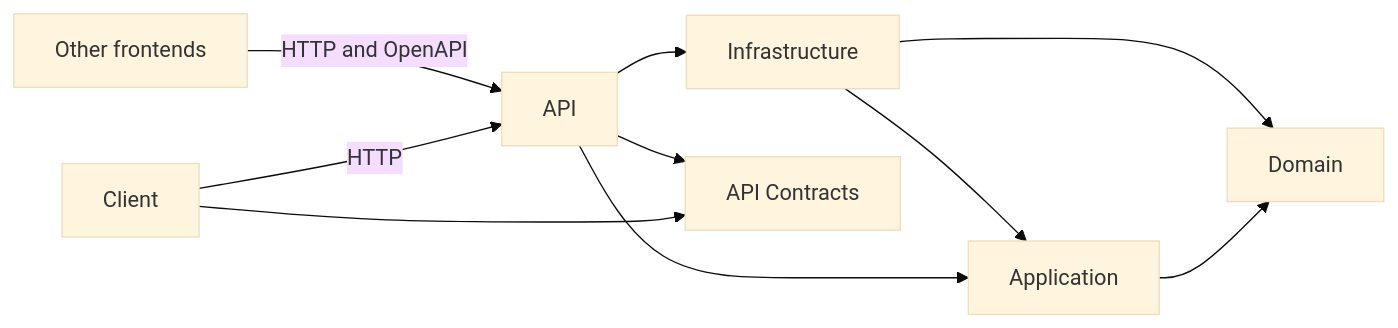
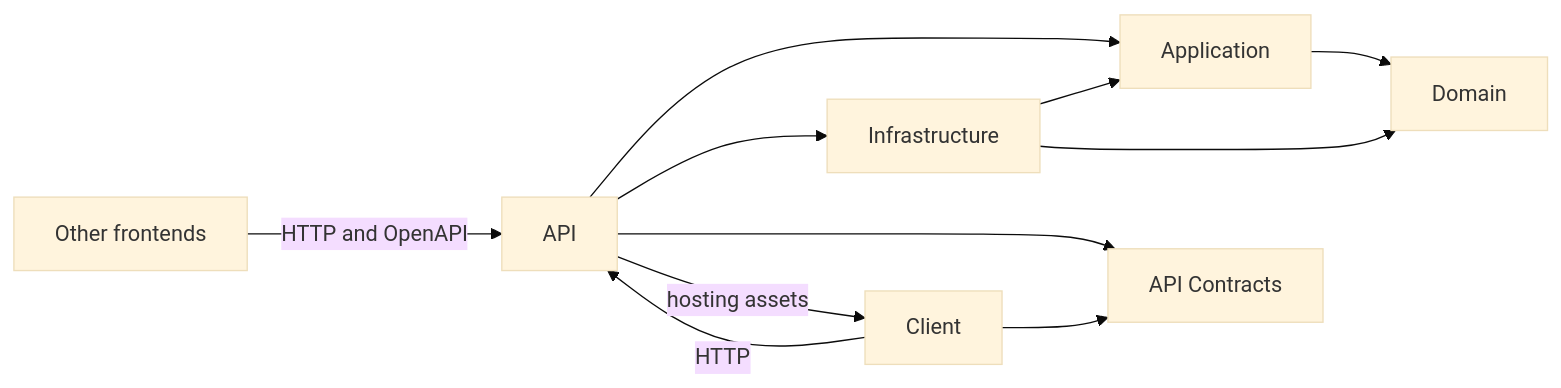
Before and after one commit to becauseimclever/HouseholdLedger: the diagram in docs/architecture/overview.md, drawn with Mermaid (base theme). The commit also changed other lines of this file and 129 other files, not shown here.

````diff
--- a/docs/architecture/overview.md
+++ b/docs/architecture/overview.md
@@ -29,12 +30,13 @@
 ```mermaid
 flowchart LR
     Infrastructure --> Application
     Infrastructure --> Domain
     Application --> Domain
     API --> Application
     API --> Infrastructure
     API --> Contracts[API Contracts]
+    API -->|hosting assets| Client
     Client --> Contracts
     Other[Other frontends] -->|HTTP and OpenAPI| API
     Client -->|HTTP| API
 ```
````
